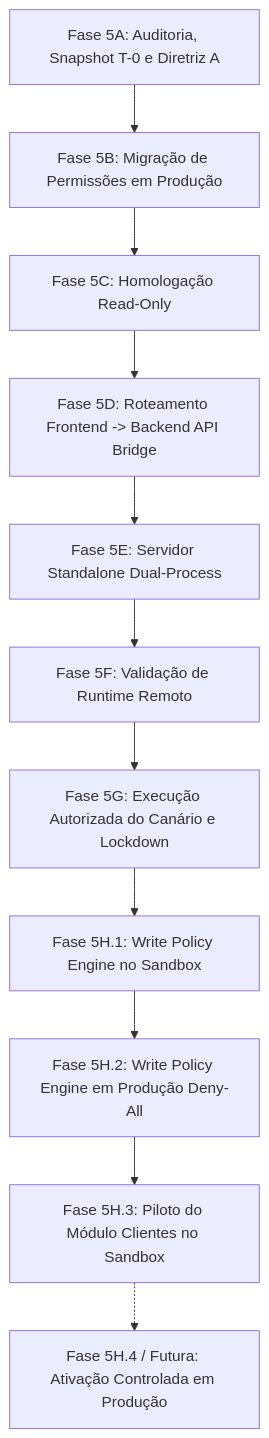
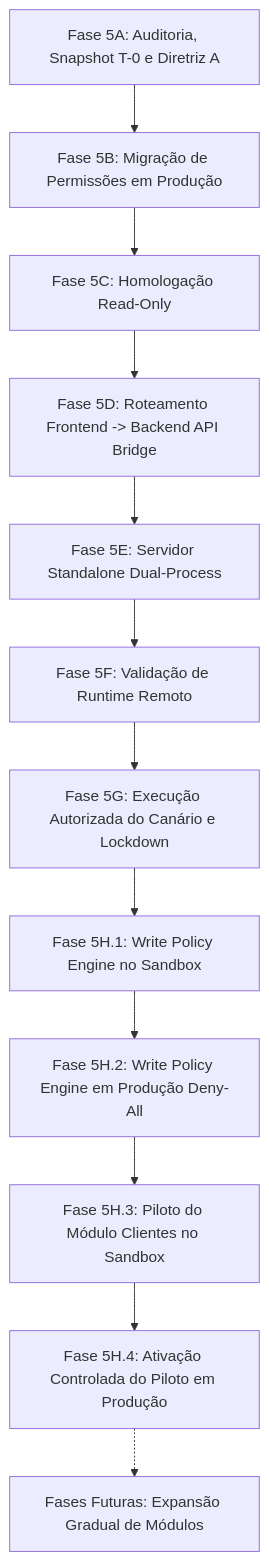
The diagram in CONTEXT_CHECKPOINT.md (Lucasnlucca/CRMiris), drawn with Mermaid before and after one commit. The commit also changed other lines of this file and 4 other files, not shown here.

````diff
--- a/CONTEXT_CHECKPOINT.md
+++ b/CONTEXT_CHECKPOINT.md
@@ -19,13 +17,14 @@
 ```mermaid
 flowchart TD
     F5A[Fase 5A: Auditoria, Snapshot T-0 e Diretriz A] --> F5B[Fase 5B: Migração de Permissões em Produção]
     F5B --> F5C[Fase 5C: Homologação Read-Only]
     F5C --> F5D[Fase 5D: Roteamento Frontend -> Backend API Bridge]
     F5D --> F5E[Fase 5E: Servidor Standalone Dual-Process]
     F5E --> F5F[Fase 5F: Validação de Runtime Remoto]
     F5F --> F5G[Fase 5G: Execução Autorizada do Canário e Lockdown]
     F5G --> F5H1[Fase 5H.1: Write Policy Engine no Sandbox]
     F5H1 --> F5H2[Fase 5H.2: Write Policy Engine em Produção Deny-All]
     F5H2 --> F5H3[Fase 5H.3: Piloto do Módulo Clientes no Sandbox]
-    F5H3 -.-> F5H4[Fase 5H.4 / Futura: Ativação Controlada em Produção]
+    F5H3 --> F5H4[Fase 5H.4: Ativação Controlada do Piloto em Produção]
+    F5H4 -.-> F5I[Fases Futuras: Expansão Gradual de Módulos]
 ```
````
